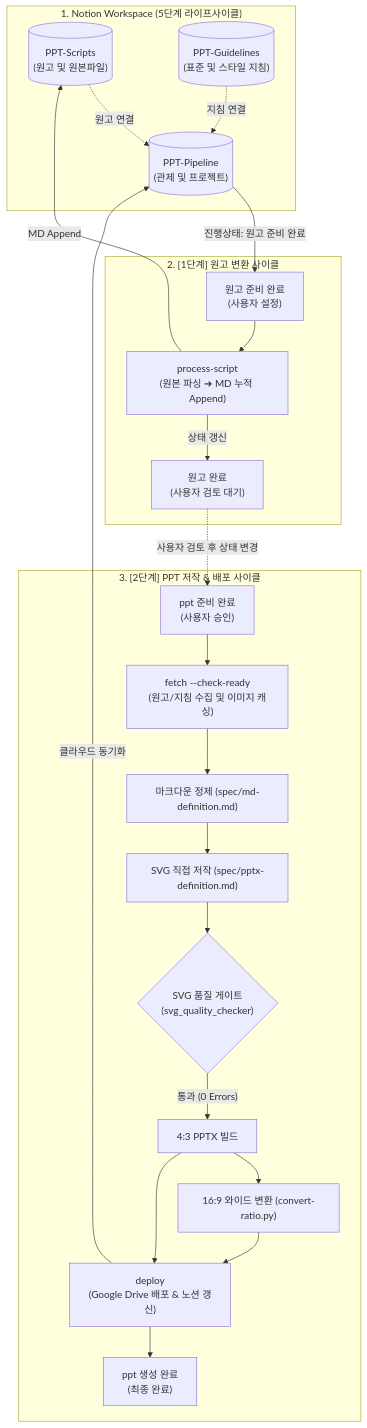
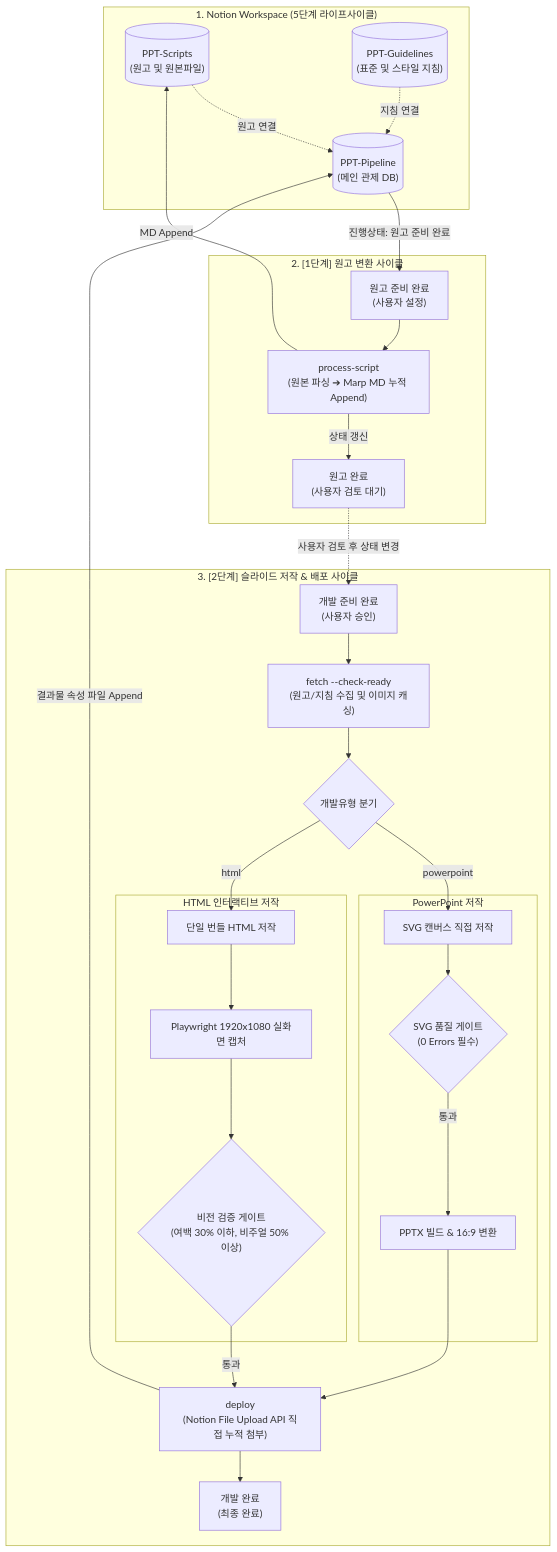
Before and after one commit to ssiwonk/SB-Make-Automation: the diagram in README.md, drawn with Mermaid. The commit also changed other lines of this file, not shown here.

Commit message:
docs: Update README.md to reflect Notion Direct Append, HTML vision gate, and 5-stage lifecycle

````diff
--- a/README.md
+++ b/README.md
@@ -34,40 +42,48 @@
 ```mermaid
 flowchart TD
     subgraph Notion ["1. Notion Workspace (5단계 라이프사이클)"]
         DB1[("PPT-Scripts<br/>(원고 및 원본파일)")]
         DB2[("PPT-Guidelines<br/>(표준 및 스타일 지침)")]
-        DB3[("PPT-Pipeline<br/>(관제 및 프로젝트)")]
+        DB3[("PPT-Pipeline<br/>(메인 관제 DB)")]
     end
 
     subgraph Stage1 ["2. [1단계] 원고 변환 사이클"]
         ST1["원고 준비 완료<br/>(사용자 설정)"]
-        PS["process-script<br/>(원본 파싱 ➔ MD 누적 Append)"]
+        PS["process-script<br/>(원본 파싱 ➔ Marp MD 누적 Append)"]
         ST2["원고 완료<br/>(사용자 검토 대기)"]
     end
 
-    subgraph Stage2 ["3. [2단계] PPT 저작 & 배포 사이클"]
-        ST3["ppt 준비 완료<br/>(사용자 승인)"]
+    subgraph Stage2 ["3. [2단계] 슬라이드 저작 & 배포 사이클"]
+        ST3["개발 준비 완료<br/>(사용자 승인)"]
         FC["fetch --check-ready<br/>(원고/지침 수집 및 이미지 캐싱)"]
-        MD2["마크다운 정제 (spec/md-definition.md)"]
-        SVG["SVG 직접 저작 (spec/pptx-definition.md)"]
-        QG{"SVG 품질 게이트<br/>(svg_quality_checker)"}
-        P43["4:3 PPTX 빌드"]
-        P169["16:9 와이드 변환 (convert-ratio.py)"]
-        DP["deploy<br/>(Google Drive 배포 & 노션 갱신)"]
-        ST4["ppt 생성 완료<br/>(최종 완료)"]
+        FORK{"개발유형 분기"}
+        
+        subgraph PPTX_Branch ["PowerPoint 저작"]
+            SVG["SVG 캔버스 직접 저작"]
+            QG{"SVG 품질 게이트<br/>(0 Errors 필수)"}
+            BUILD_PPT["PPTX 빌드 & 16:9 변환"]
+        end
+
+        subgraph HTML_Branch ["HTML 인터랙티브 저작"]
+            HTML["단일 번들 HTML 저작"]
+            CAP["Playwright 1920x1080 실화면 캡처"]
+            VG{"비전 검증 게이트<br/>(여백 30% 이하, 비주얼 50% 이상)"}
+        end
+
+        DP["deploy<br/>(Notion File Upload API 직접 누적 첨부)"]
+        ST4["개발 완료<br/>(최종 완료)"]
     end
 
     DB1 -.->|"원고 연결"| DB3
     DB2 -.->|"지침 연결"| DB3
     DB3 -->|"진행상태: 원고 준비 완료"| ST1
     ST1 --> PS
     PS -->|"MD Append"| DB1
     PS -->|"상태 갱신"| ST2
     ST2 -.->|"사용자 검토 후 상태 변경"| ST3
-    ST3 --> FC
-    FC --> MD2 --> SVG --> QG
-    QG -->|"통과 (0 Errors)"| P43 --> P169
-    P43 & P169 --> DP
-    DP -->|"클라우드 동기화"| DB3
+    ST3 --> FC --> FORK
+    FORK -->|"powerpoint"| SVG --> QG -->|"통과"| BUILD_PPT --> DP
+    FORK -->|"html"| HTML --> CAP --> VG -->|"통과"| DP
+    DP -->|"결과물 속성 파일 Append"| DB3
     DP --> ST4
 ```
````
